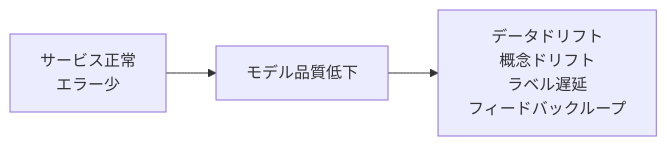
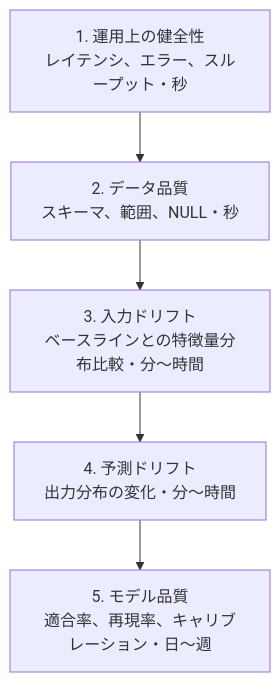
Before and after one commit to binarydevelop/system-design-patterns: the first of 2 diagrams in ja/16-ml-systems/04-model-monitoring.md, drawn with Mermaid. The commit also changed other lines of this file and 3 other files, not shown here.

````diff
--- a/ja/16-ml-systems/04-model-monitoring.md
+++ b/ja/16-ml-systems/04-model-monitoring.md
@@ -11,5 +37,9 @@
 ```mermaid
-flowchart LR
-    UP["サービス正常<br/>エラー少"] --> BAD["モデル品質低下"]
-    BAD --> CAUSES["データドリフト<br/>概念ドリフト<br/>ラベル遅延<br/>フィードバックループ"]
+flowchart TD
+    L1["1. 運用上の健全性<br/>レイテンシ、エラー、スループット・秒"]
+    L2["2. データ品質<br/>スキーマ、範囲、NULL・秒"]
+    L3["3. 入力ドリフト<br/>ベースラインとの特徴量分布比較・分〜時間"]
+    L4["4. 予測ドリフト<br/>出力分布の変化・分〜時間"]
+    L5["5. モデル品質<br/>適合率、再現率、キャリブレーション・日〜週"]
+    L1 --> L2 --> L3 --> L4 --> L5
 ```
````
